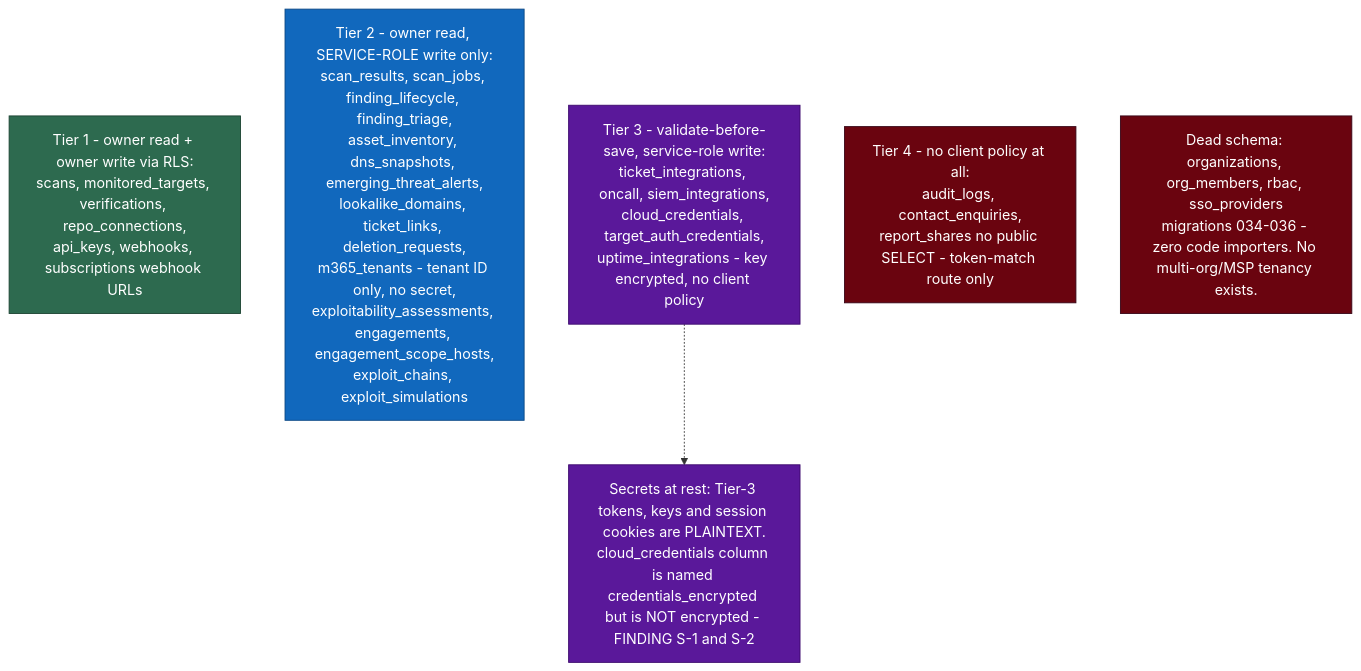
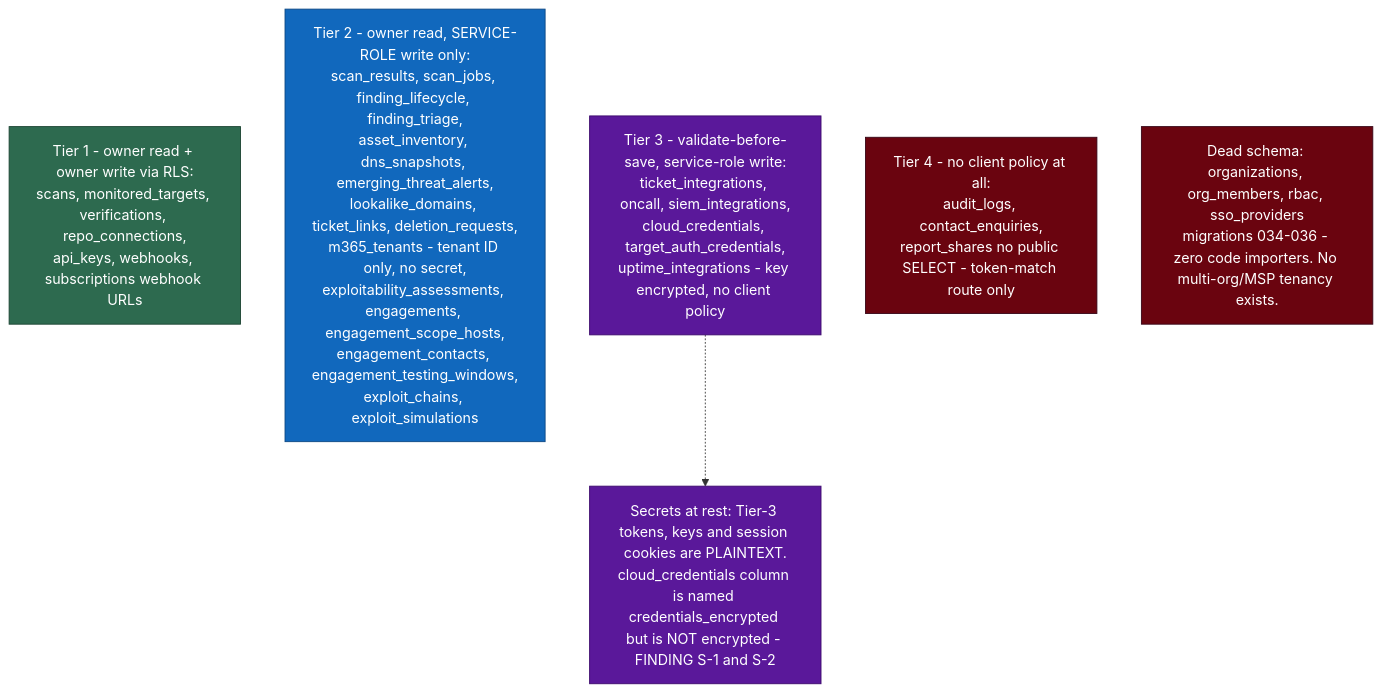
One commit to andrew-barvas/hebrides-cyber changed the second of 2 diagrams in hebridescyber-app/docs/DATA-MODEL.md. Above: the diagram before and after it, drawn with Mermaid. The commit also changed other lines of this file and 13 other files, not shown here.

First line of the commit message:
feat(exploit): the rest of the engagement record — rules of engagement, contacts, testing windows, expiry

````diff
--- a/hebridescyber-app/docs/DATA-MODEL.md
+++ b/hebridescyber-app/docs/DATA-MODEL.md
@@ -76,14 +78,14 @@
 ```mermaid
 flowchart TB
     classDef t1 fill:#2d6a4f,stroke:#1b4332,color:#fff
     classDef t2 fill:#1168bd,stroke:#0b4884,color:#fff
     classDef t3 fill:#5a189a,stroke:#3c096c,color:#fff
     classDef t4 fill:#6a040f,stroke:#370617,color:#fff
     T1[Tier 1 - owner read + owner write via RLS:<br/>scans, monitored_targets, verifications, repo_connections,<br/>api_keys, webhooks, subscriptions webhook URLs]:::t1
-    T2[Tier 2 - owner read, SERVICE-ROLE write only:<br/>scan_results, scan_jobs, finding_lifecycle, finding_triage,<br/>asset_inventory, dns_snapshots, emerging_threat_alerts,<br/>lookalike_domains, ticket_links, deletion_requests,<br/>m365_tenants - tenant ID only, no secret,<br/>exploitability_assessments, engagements, engagement_scope_hosts,<br/>exploit_chains, exploit_simulations]:::t2
+    T2[Tier 2 - owner read, SERVICE-ROLE write only:<br/>scan_results, scan_jobs, finding_lifecycle, finding_triage,<br/>asset_inventory, dns_snapshots, emerging_threat_alerts,<br/>lookalike_domains, ticket_links, deletion_requests,<br/>m365_tenants - tenant ID only, no secret,<br/>exploitability_assessments, engagements, engagement_scope_hosts,<br/>engagement_contacts, engagement_testing_windows,<br/>exploit_chains, exploit_simulations]:::t2
     T3[Tier 3 - validate-before-save, service-role write:<br/>ticket_integrations, oncall, siem_integrations,<br/>cloud_credentials, target_auth_credentials,<br/>uptime_integrations - key encrypted, no client policy]:::t3
     T4[Tier 4 - no client policy at all:<br/>audit_logs, contact_enquiries,<br/>report_shares no public SELECT - token-match route only]:::t4
     N1["Secrets at rest: Tier-3 tokens, keys and session cookies are PLAINTEXT.<br/>cloud_credentials column is named credentials_encrypted but is NOT encrypted - FINDING S-1 and S-2"]:::t3
     N2["Dead schema: organizations, org_members, rbac, sso_providers<br/>migrations 034-036 - zero code importers. No multi-org/MSP tenancy exists."]:::t4
     T3 -.-> N1
 ```
````
